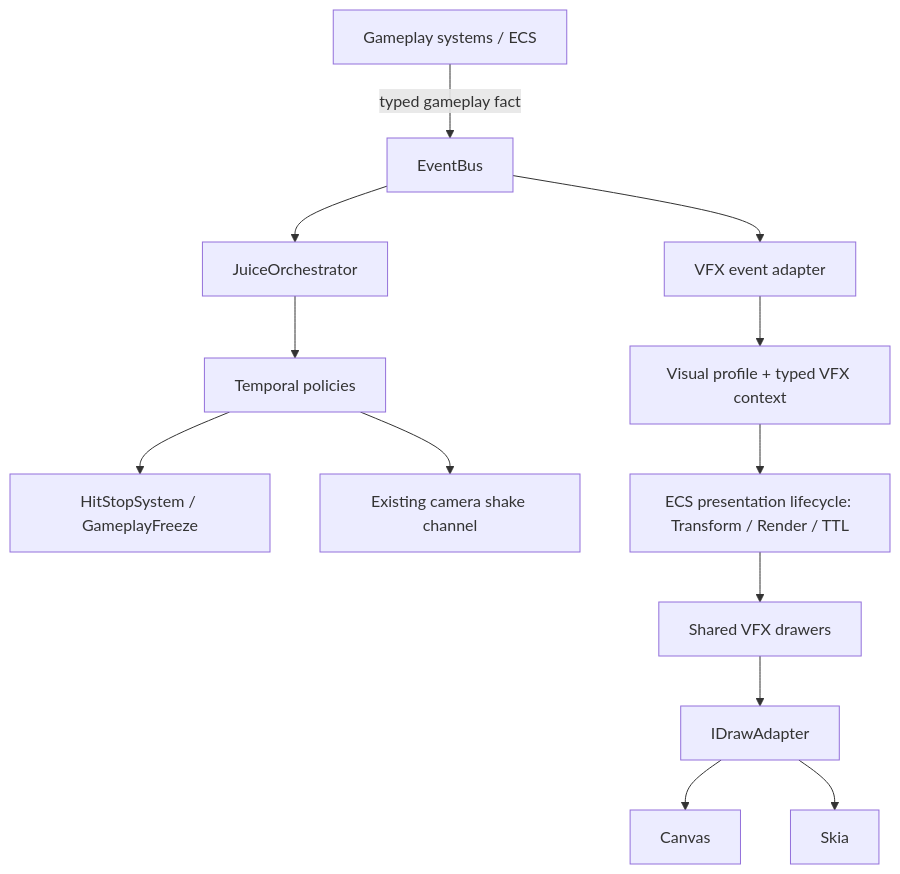
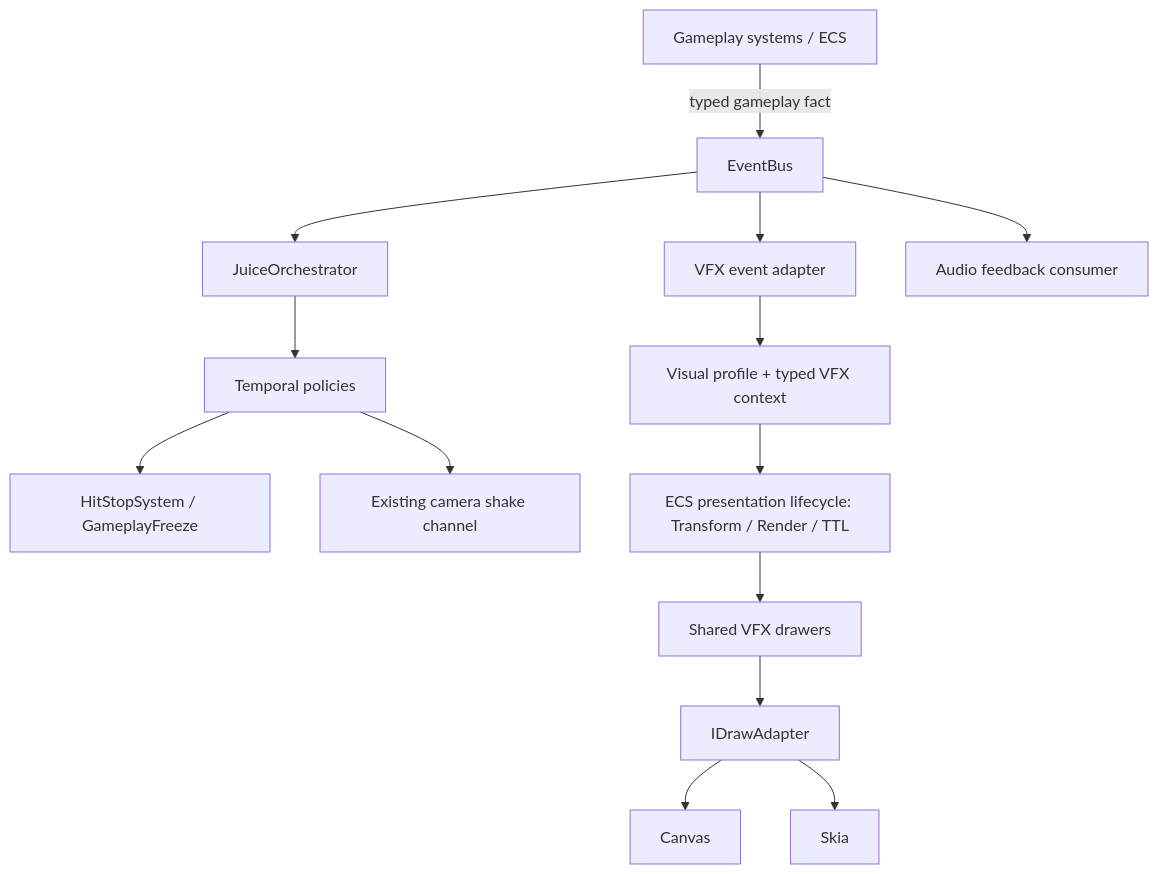
One commit to xavirodriguez/ArcadeGames changed the diagram in docs/architecture/GAME_FEEL_ARCHITECTURE.md. Above: the diagram before and after it, drawn with Mermaid. The commit also changed other lines of this file, not shown here.

Commit message:
docs(architecture): close Game Feel contract gaps

````diff
--- a/docs/architecture/GAME_FEEL_ARCHITECTURE.md
+++ b/docs/architecture/GAME_FEEL_ARCHITECTURE.md
@@ -22,15 +23,16 @@
 ```mermaid
 flowchart TD
     G[Gameplay systems / ECS] -->|typed gameplay fact| E[EventBus]
     E --> J[JuiceOrchestrator]
     E --> V[VFX event adapter]
+    E --> AU[Audio feedback consumer]
     J --> T[Temporal policies]
     T --> H[HitStopSystem / GameplayFreeze]
     T --> S[Existing camera shake channel]
     V --> P[Visual profile + typed VFX context]
     P --> L[ECS presentation lifecycle: Transform / Render / TTL]
     L --> D[Shared VFX drawers]
     D --> A[IDrawAdapter]
     A --> C[Canvas]
     A --> K[Skia]
 ```
````
